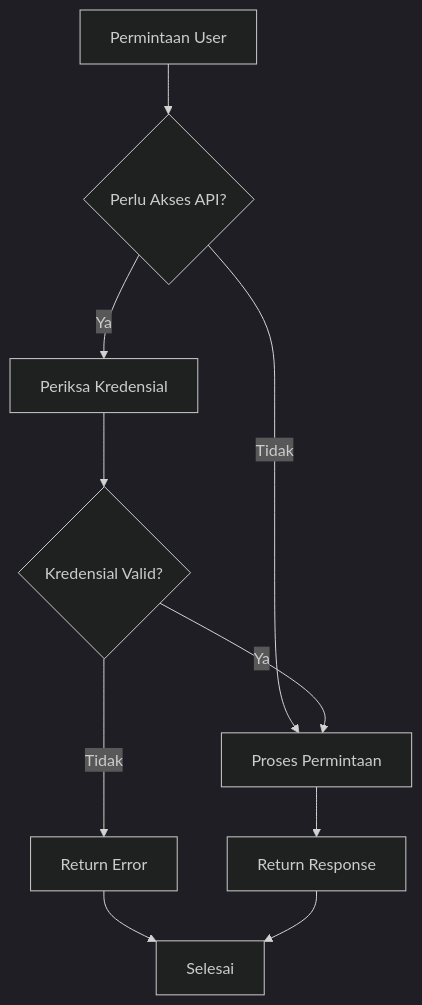
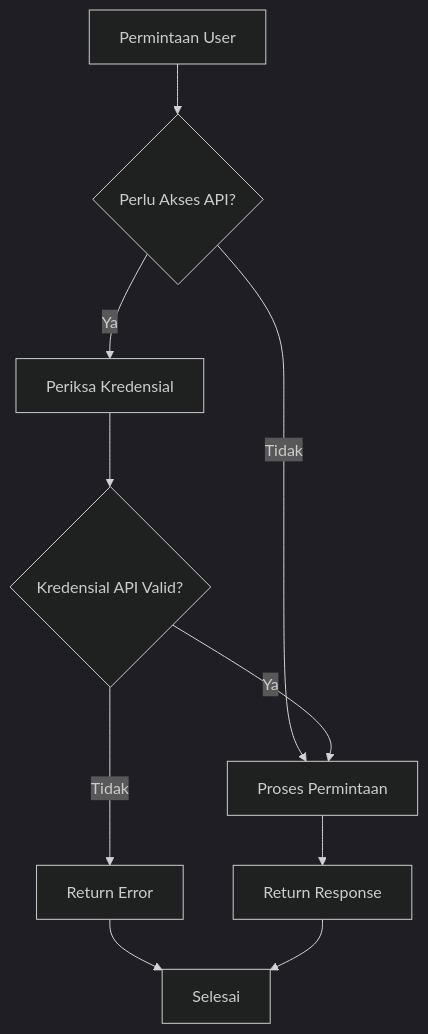
The second of 8 diagrams in flowcharts.mdx (alsyauqi/docs), drawn with Mermaid (dark theme) before and after one commit. The commit also changed other lines of this file, not shown here.

````diff
--- a/flowcharts.mdx
+++ b/flowcharts.mdx
@@ -36,12 +36,12 @@
 ```mermaid
 flowchart TD
     A[Permintaan User] --> B{Perlu Akses API?}
     B -->|Ya| C[Periksa Kredensial]
     B -->|Tidak| F[Proses Permintaan]
-    C --> D{Kredensial Valid?}
+    C --> D{Kredensial API Valid?}
     D -->|Ya| F[Proses Permintaan]
     D -->|Tidak| E[Return Error]
     F --> G[Return Response]
     E --> H[Selesai]
     G --> H[Selesai]
 ```
````
